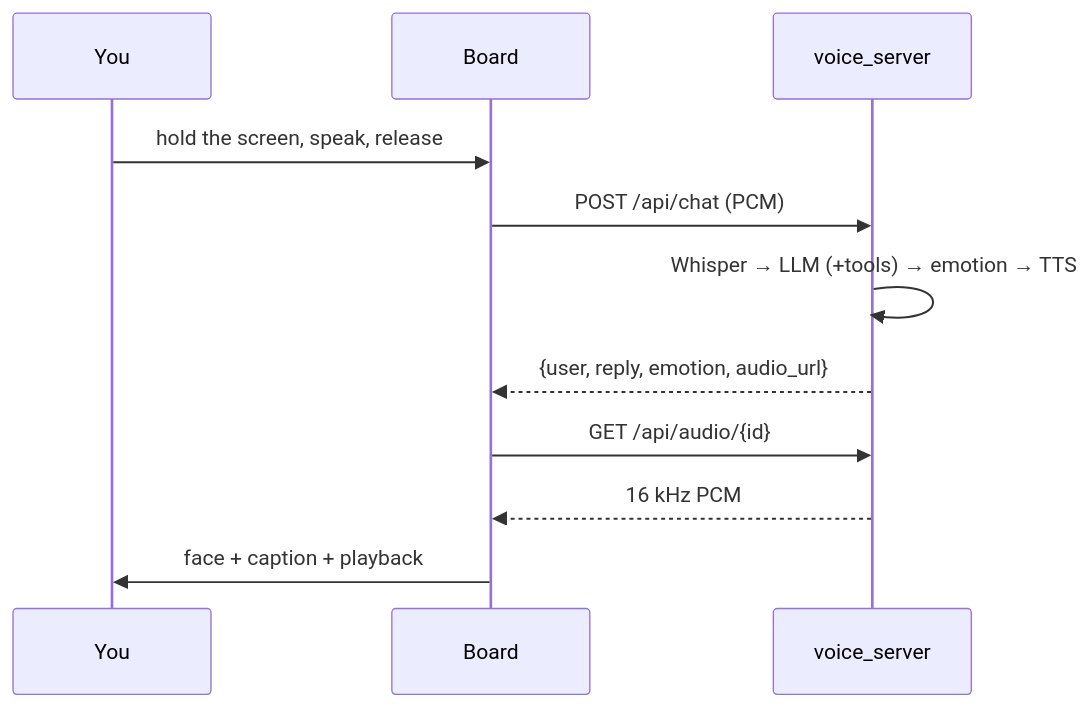
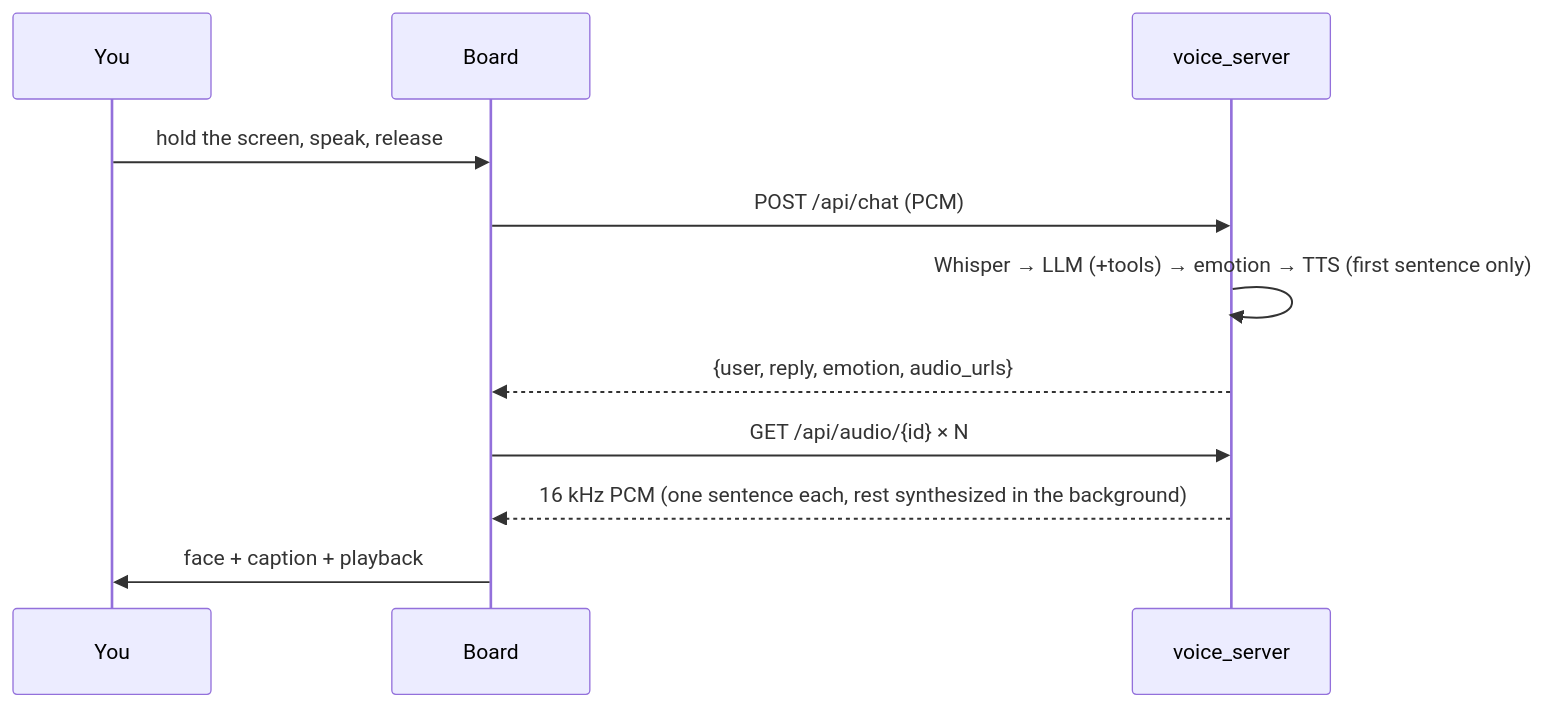
One commit to syu-lk4b/esp32-chatbot-local changed the second of 3 diagrams in docs/en/architecture.md. Above: the diagram before and after it, drawn with Mermaid. The commit also changed other lines of this file and 6 other files, not shown here.

````diff
--- a/docs/en/architecture.md
+++ b/docs/en/architecture.md
@@ -45,13 +45,13 @@
 ```mermaid
 sequenceDiagram
   participant U as You
   participant B as Board
   participant S as voice_server
   U->>B: hold the screen, speak, release
   B->>S: POST /api/chat (PCM)
-  S->>S: Whisper → LLM (+tools) → emotion → TTS
-  S-->>B: {user, reply, emotion, audio_url}
-  B->>S: GET /api/audio/{id}
-  S-->>B: 16 kHz PCM
+  S->>S: Whisper → LLM (+tools) → emotion → TTS (first sentence only)
+  S-->>B: {user, reply, emotion, audio_urls}
+  B->>S: GET /api/audio/{id} × N
+  S-->>B: 16 kHz PCM (one sentence each, rest synthesized in the background)
   B->>U: face + caption + playback
 ```
````
